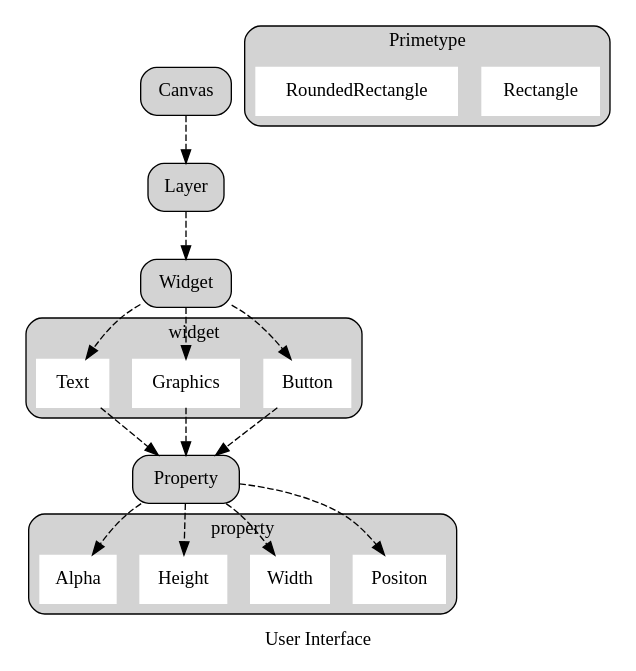
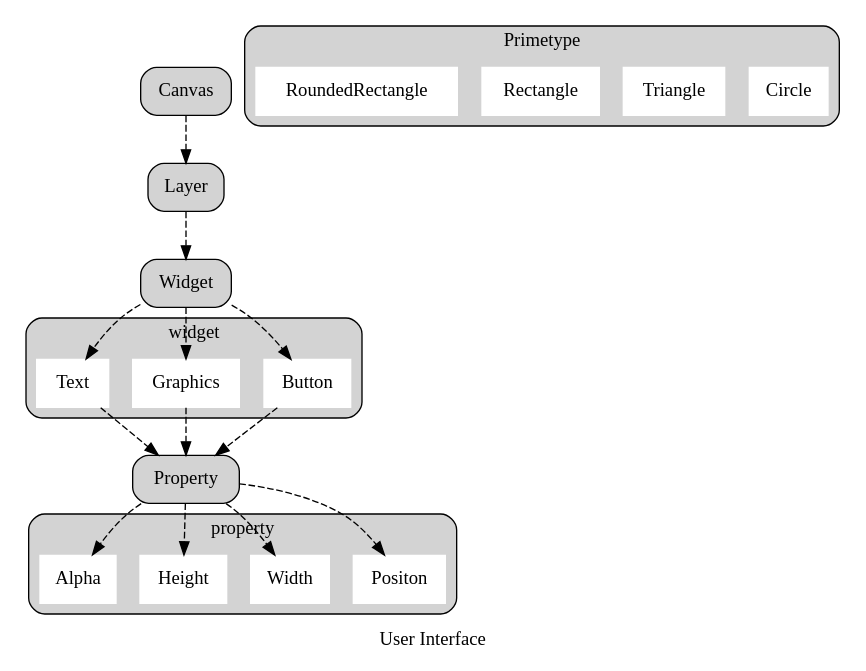
Before and after one commit to dlinyang/roaster: the diagram in titanium/doc/user interface.dot, drawn with Graphviz. The commit also changed 35 other files, not shown here.

```diff
--- a/titanium/doc/user interface.dot
+++ b/titanium/doc/user interface.dot
@@ -1,32 +1,32 @@
 digraph G {
     label = "User Interface";
 
     subgraph cluster0 {
         label = "widget"
         shape = box
         style = "filled,rounded"
         node[shape = box,style = filled,color = white]
         Button Graphics Text
     }
 
     subgraph cluster1 {
         label = "property"
         shape = box
         style = "filled, rounded"
         node [shape = box, style = filled, color = white]
         Positon Width Height Alpha
     }
 
     subgraph cluster2 {
         label = "Primetype"
         shape = box
         style = "filled, rounded"
         node [shape = box, style = filled, color = white]
-        Rectangle RoundedRectangle
+        Circle Triangle Rectangle RoundedRectangle
     }
 
 
     node [shape = box, style = "filled,rounded"]
     edge [style = dashed ]
         Canvas -> Layer -> Widget -> {Text,Graphics,Button} -> Property -> {Alpha,Height,Width,Positon}
 }
```
